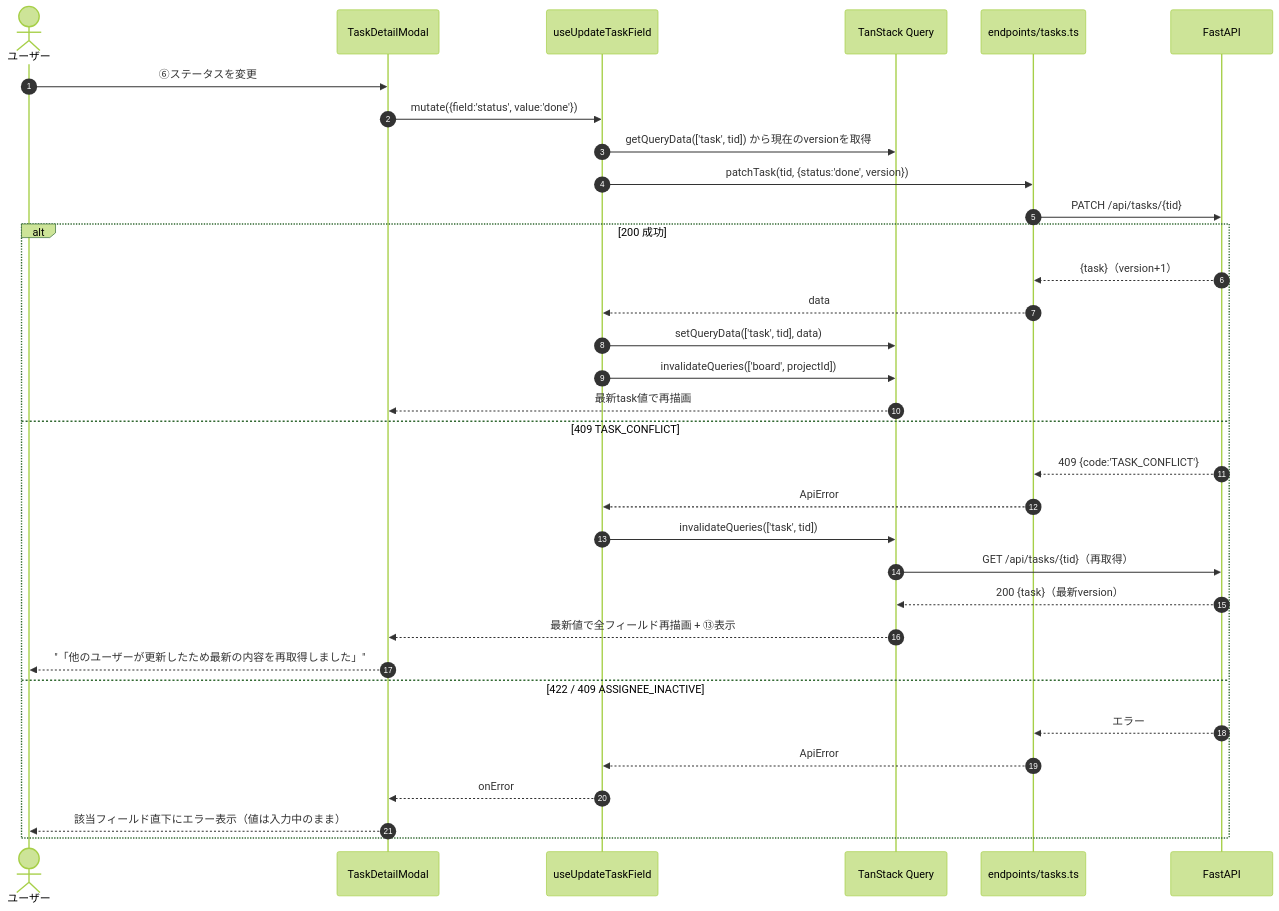
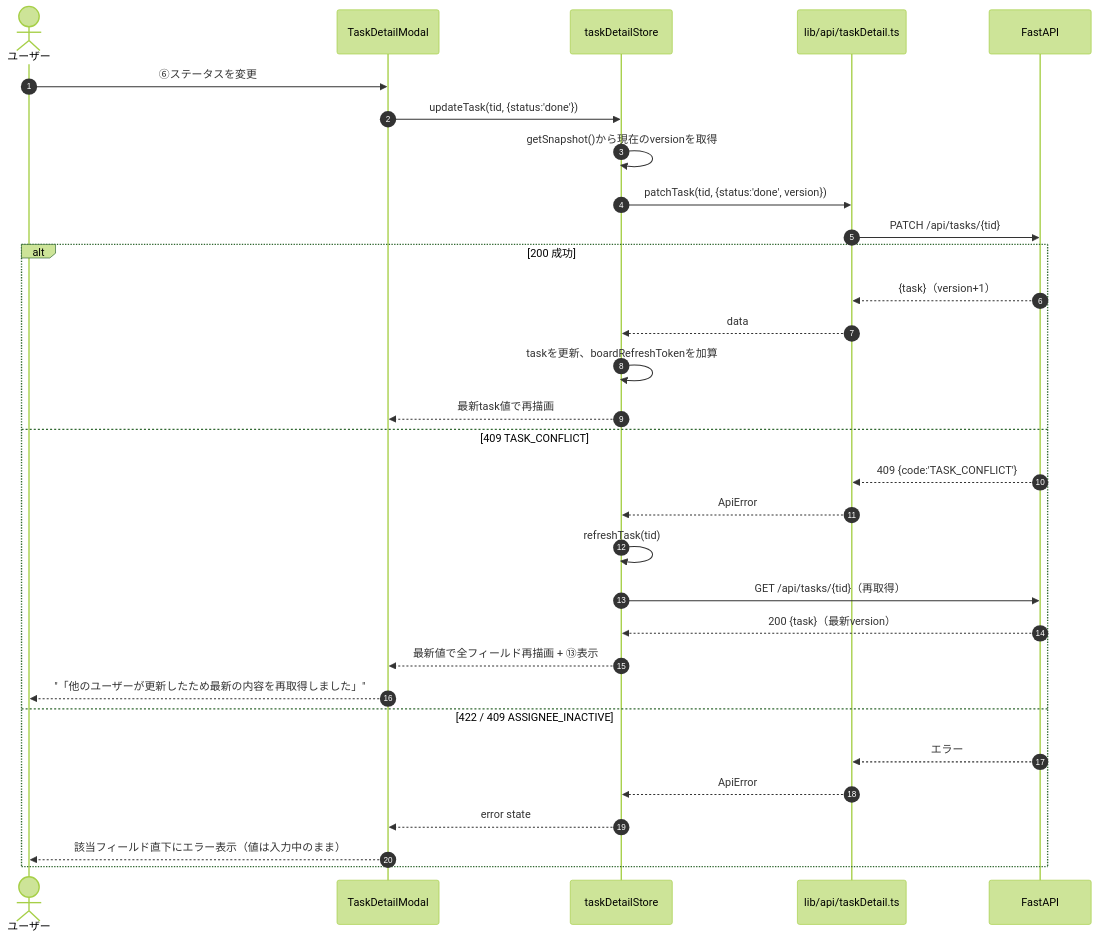
Before and after one commit to oikawa-d/task_management: the third of 6 diagrams in docs/detailed_design/screen/08_task_detail_modal.md, drawn with Mermaid (forest theme). The commit also changed other lines of this file and 2 other files, not shown here.

````diff
--- a/docs/detailed_design/screen/08_task_detail_modal.md
+++ b/docs/detailed_design/screen/08_task_detail_modal.md
@@ -169,36 +187,34 @@
 ```mermaid
 sequenceDiagram
     autonumber
     actor U as ユーザー
     participant TDM as TaskDetailModal
-    participant M as useUpdateTaskField
-    participant Q as TanStack Query
-    participant EP as endpoints/tasks.ts
+    participant S as taskDetailStore
+    participant EP as lib/api/taskDetail.ts
     participant API as FastAPI
 
     U->>TDM: ⑥ステータスを変更
-    TDM->>M: mutate({field:'status', value:'done'})
-    M->>Q: getQueryData(['task', tid]) から現在のversionを取得
-    M->>EP: patchTask(tid, {status:'done', version})
+    TDM->>S: updateTask(tid, {status:'done'})
+    S->>S: getSnapshot()から現在のversionを取得
+    S->>EP: patchTask(tid, {status:'done', version})
     EP->>API: PATCH /api/tasks/{tid}
     alt 200 成功
         API-->>EP: {task}（version+1）
-        EP-->>M: data
-        M->>Q: setQueryData(['task', tid], data)
-        M->>Q: invalidateQueries(['board', projectId])
-        Q-->>TDM: 最新task値で再描画
+        EP-->>S: data
+        S->>S: taskを更新、boardRefreshTokenを加算
+        S-->>TDM: 最新task値で再描画
     else 409 TASK_CONFLICT
         API-->>EP: 409 {code:'TASK_CONFLICT'}
-        EP-->>M: ApiError
-        M->>Q: invalidateQueries(['task', tid])
-        Q->>API: GET /api/tasks/{tid}（再取得）
-        API-->>Q: 200 {task}（最新version）
-        Q-->>TDM: 最新値で全フィールド再描画 + ⑬表示
+        EP-->>S: ApiError
+        S->>S: refreshTask(tid)
+        S->>API: GET /api/tasks/{tid}（再取得）
+        API-->>S: 200 {task}（最新version）
+        S-->>TDM: 最新値で全フィールド再描画 + ⑬表示
         TDM-->>U: "「他のユーザーが更新したため最新の内容を再取得しました」"
     else 422 / 409 ASSIGNEE_INACTIVE
         API-->>EP: エラー
-        EP-->>M: ApiError
-        M-->>TDM: onError
+        EP-->>S: ApiError
+        S-->>TDM: error state
         TDM-->>U: 該当フィールド直下にエラー表示（値は入力中のまま）
     end
 ```
````
